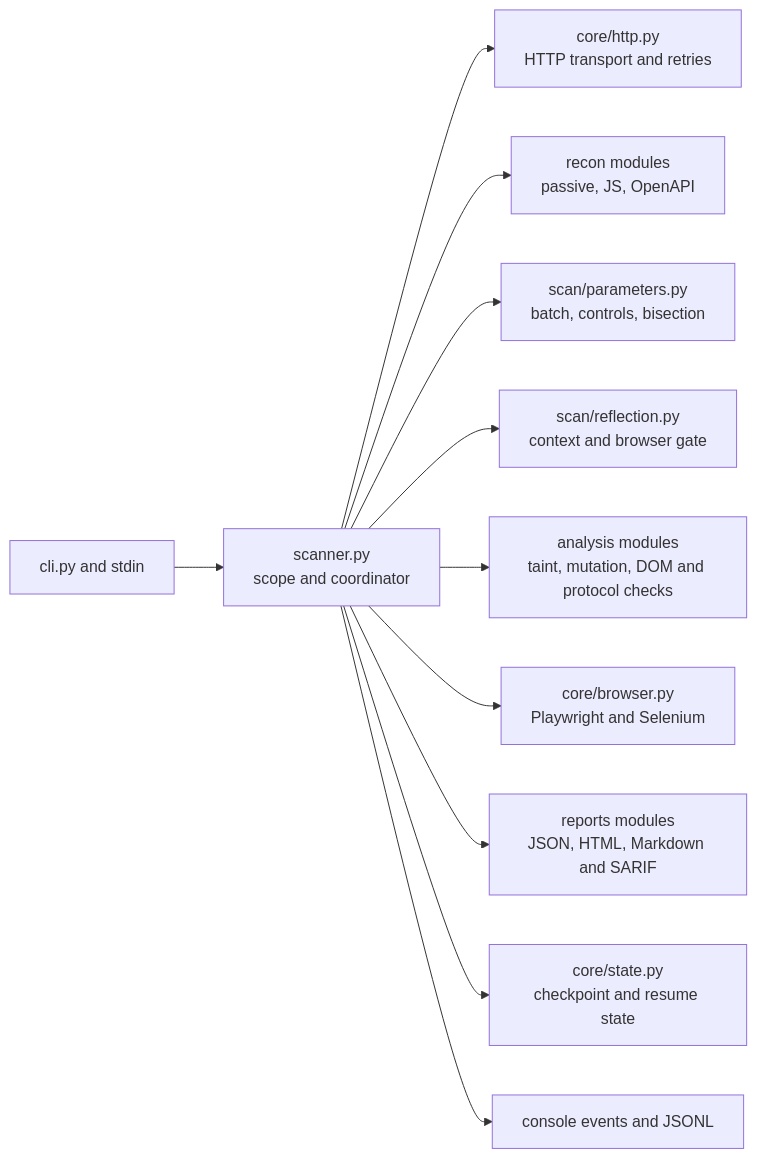
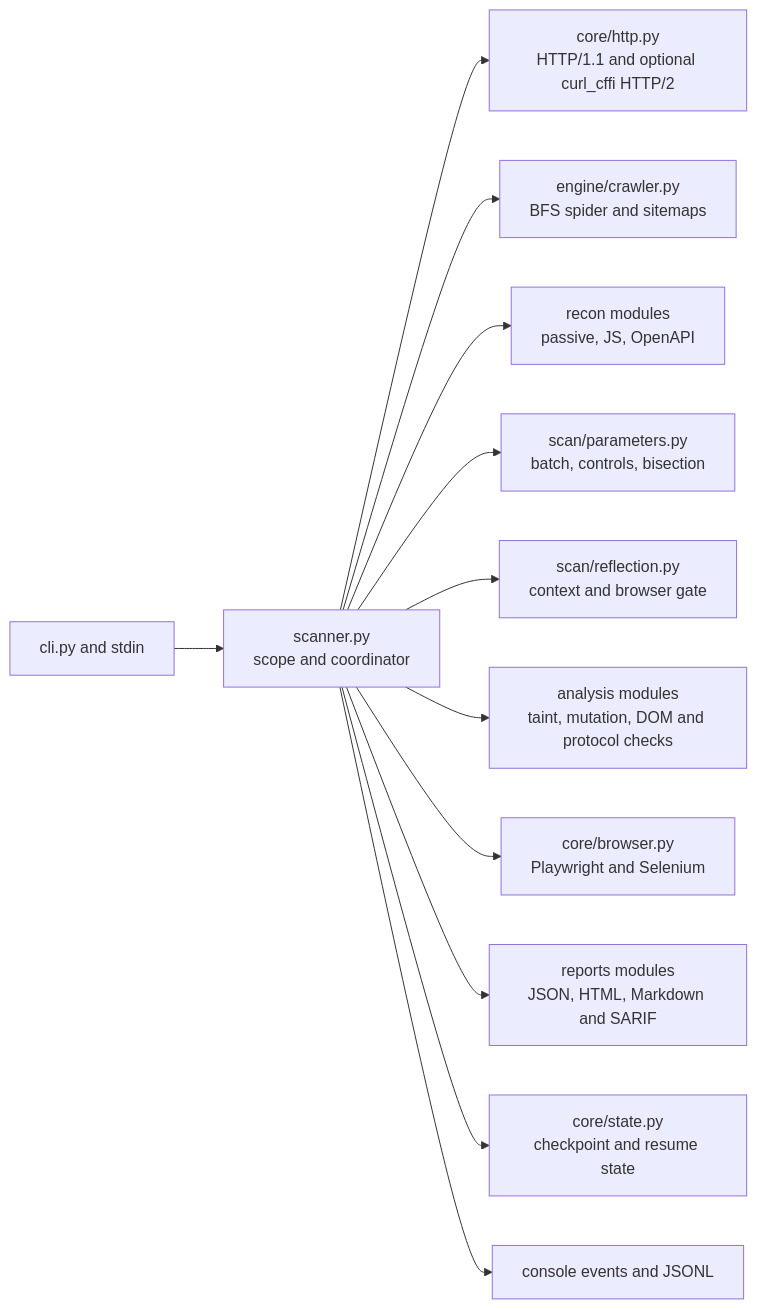
The second of 3 diagrams in README.md (gl1tch0x1/xoxss), drawn with Mermaid before and after one commit. The commit also changed other lines of this file and 15 other files, not shown here.

First line of the commit message:
Add HTTP/2 transport, CST taint backend, active WS probes, crawler engine

````diff
--- a/README.md
+++ b/README.md
@@ -770,13 +779,14 @@
 ```mermaid
 flowchart LR
     CLI["cli.py and stdin"] --> SCAN["scanner.py<br/>scope and coordinator"]
-    SCAN --> HTTP["core/http.py<br/>HTTP transport and retries"]
+    SCAN --> HTTP["core/http.py<br/>HTTP/1.1 and optional curl_cffi HTTP/2"]
+    SCAN --> CRAWLER["engine/crawler.py<br/>BFS spider and sitemaps"]
     SCAN --> RECON["recon modules<br/>passive, JS, OpenAPI"]
     SCAN --> PARAM["scan/parameters.py<br/>batch, controls, bisection"]
     SCAN --> REFLECT["scan/reflection.py<br/>context and browser gate"]
     SCAN --> ANALYSIS["analysis modules<br/>taint, mutation, DOM and protocol checks"]
     SCAN --> BROWSER["core/browser.py<br/>Playwright and Selenium"]
     SCAN --> REPORTS["reports modules<br/>JSON, HTML, Markdown and SARIF"]
     SCAN --> STATE["core/state.py<br/>checkpoint and resume state"]
     SCAN --> EVENTS["console events and JSONL"]
 ```
````
